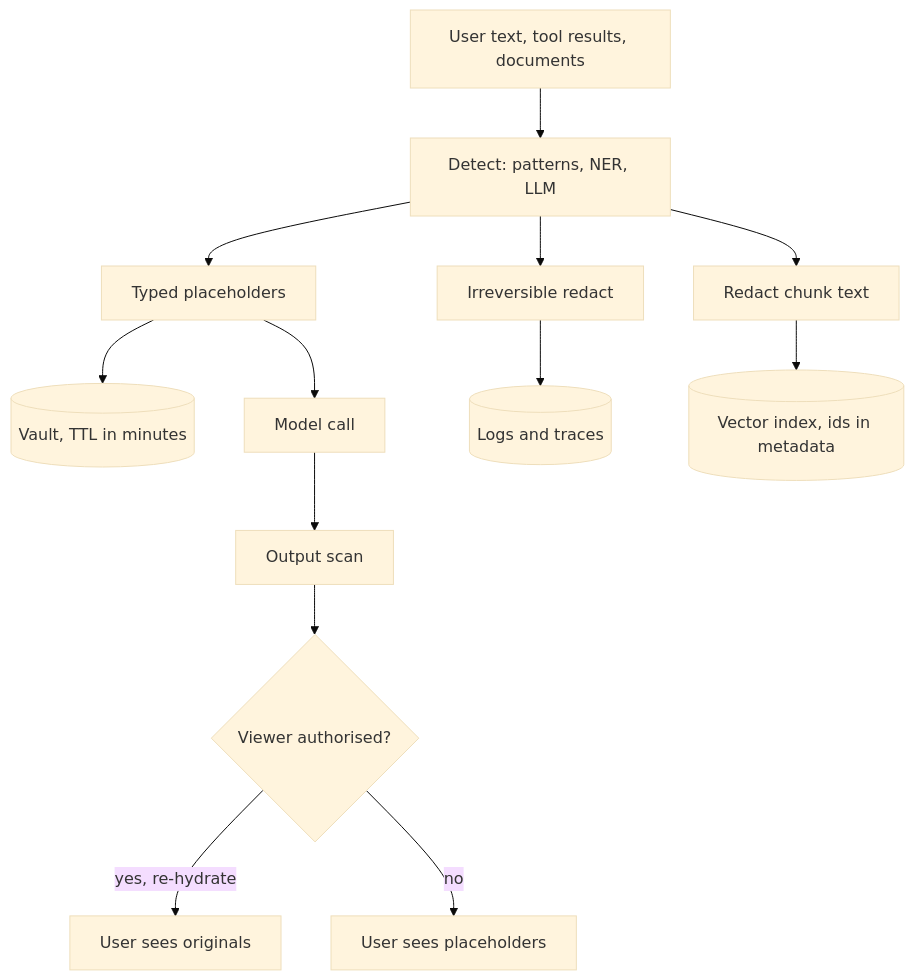
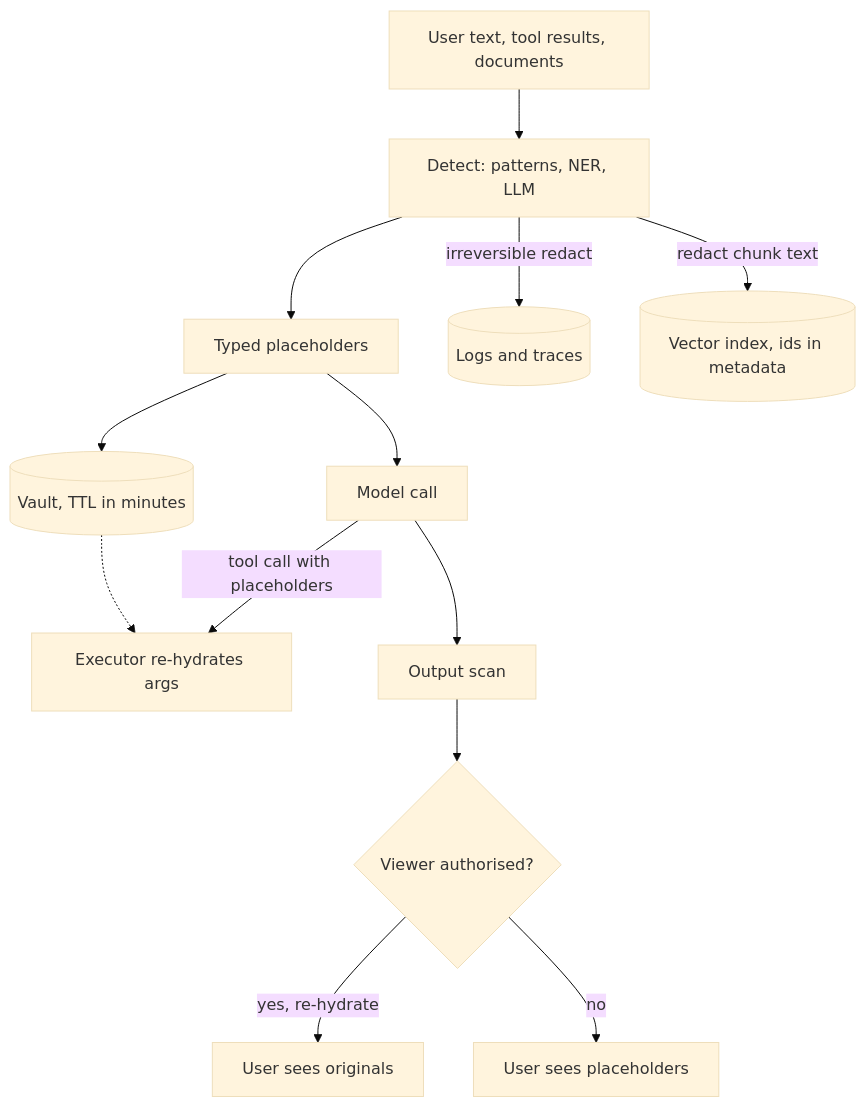
The diagram in content/safety-security/pii-redaction.md (lovishmahajan97/agentic-learning), drawn with Mermaid (base theme) before and after one commit. The commit also changed other lines of this file and 348 other files, not shown here.

````diff
--- a/content/safety-security/pii-redaction.md
+++ b/content/safety-security/pii-redaction.md
@@ -146,15 +147,15 @@
 ```mermaid
 flowchart TD
     IN["User text, tool results, documents"] --> DET["Detect: patterns, NER, LLM"]
     DET --> PS["Typed placeholders"]
     PS --> V[("Vault, TTL in minutes")]
     PS --> M["Model call"]
-    DET --> RL["Irreversible redact"]
-    RL --> LOG[("Logs and traces")]
-    DET --> IX["Redact chunk text"]
-    IX --> VI[("Vector index, ids in metadata")]
+    DET -->|"irreversible redact"| LOG[("Logs and traces")]
+    DET -->|"redact chunk text"| VI[("Vector index, ids in metadata")]
+    M -->|"tool call with placeholders"| EX["Executor re-hydrates args"]
+    V -.-> EX
     M --> OS["Output scan"]
     OS --> AZ{"Viewer authorised?"}
     AZ -->|"yes, re-hydrate"| U["User sees originals"]
     AZ -->|"no"| UP["User sees placeholders"]
 ```
````
